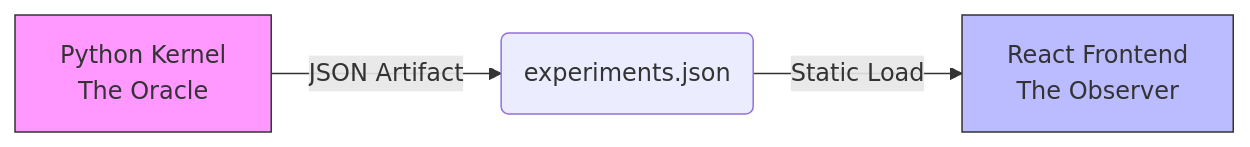
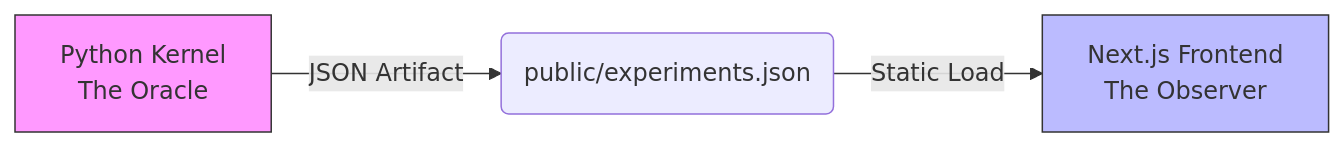
The diagram in README.md (tsolomon89/riemann_converter), drawn with Mermaid before and after one commit. The commit also changed other lines of this file and 39 other files, not shown here.

````diff
--- a/README.md
+++ b/README.md
@@ -10,7 +9,7 @@
 ```mermaid
 graph LR
-    A[Python Kernel<br>The Oracle] -->|JSON Artifact| B(experiments.json)
-    B -->|Static Load| C[React Frontend<br>The Observer]
+    A[Python Kernel<br>The Oracle] -->|JSON Artifact| B(public/experiments.json)
+    B -->|Static Load| C[Next.js Frontend<br>The Observer]
     style A fill:#f9f,stroke:#333
     style C fill:#bbf,stroke:#333
 ```
````
